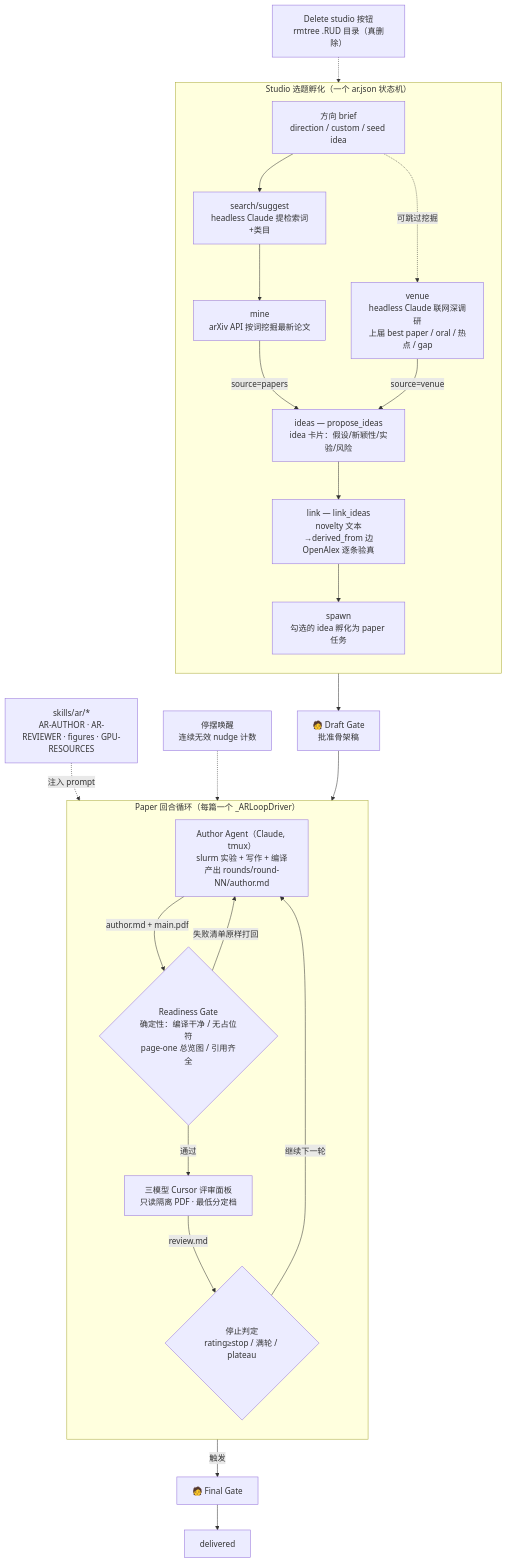
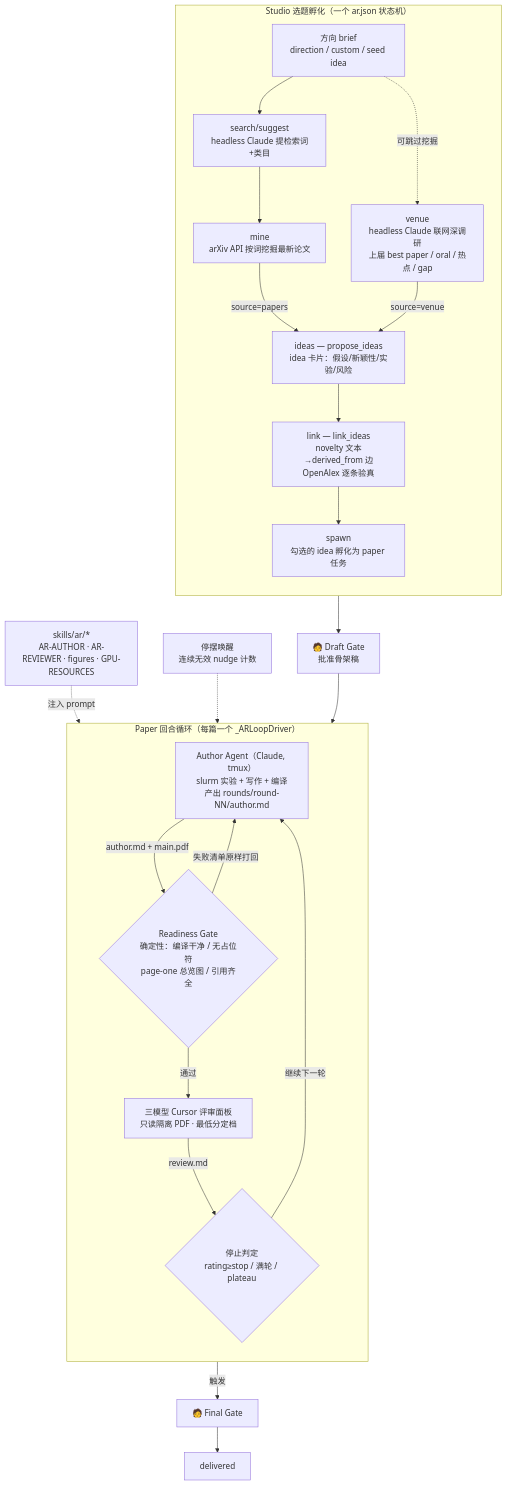
The diagram in docs/research-factory/arch.md (FutureMLS-Lab/Loom), drawn with Mermaid before and after one commit.

Commit message:
Drop the delete-button box from the studio flowchart

````diff
--- a/docs/research-factory/arch.md
+++ b/docs/research-factory/arch.md
@@ -8,39 +8,38 @@
 ```mermaid
 flowchart TB
     subgraph STUDIO["Studio 选题孵化（一个 ar.json 状态机）"]
         direction TB
         BRIEF["方向 brief<br/>direction / custom / seed idea"]
         SUG["search/suggest<br/>headless Claude 提检索词+类目"]
         MINE["mine<br/>arXiv API 按词挖掘最新论文"]
         VR["venue<br/>headless Claude 联网深调研<br/>上届 best paper / oral / 热点 / gap"]
         IDE["ideas — propose_ideas<br/>idea 卡片：假设/新颖性/实验/风险"]
         LNK["link — link_ideas<br/>novelty 文本→derived_from 边<br/>OpenAlex 逐条验真"]
         SPWN["spawn<br/>勾选的 idea 孵化为 paper 任务"]
         BRIEF --> SUG --> MINE
         BRIEF -.->|"可跳过挖掘"| VR
         MINE -->|"source=papers"| IDE
         VR -->|"source=venue"| IDE
         IDE --> LNK --> SPWN
     end
 
     subgraph PAPER["Paper 回合循环（每篇一个 _ARLoopDriver）"]
         direction TB
         AUTH["Author Agent（Claude, tmux）<br/>slurm 实验 + 写作 + 编译<br/>产出 rounds/round-NN/author.md"]
         RG{"Readiness Gate<br/>确定性：编译干净 / 无占位符<br/>page-one 总览图 / 引用齐全"}
         PANEL["三模型 Cursor 评审面板<br/>只读隔离 PDF · 最低分定档"]
         STOPQ{"停止判定<br/>rating≥stop / 满轮 / plateau"}
         AUTH -->|"author.md + main.pdf"| RG
         RG -->|"失败清单原样打回"| AUTH
         RG -->|"通过"| PANEL
         PANEL -->|"review.md"| STOPQ
         STOPQ -->|"继续下一轮"| AUTH
     end
 
     SPWN --> DG["🧑 Draft Gate<br/>批准骨架稿"] --> PAPER
     STOPQ -->|"触发"| FG["🧑 Final Gate"] --> DONE["delivered"]
 
     SKILLS["skills/ar/*<br/>AR-AUTHOR · AR-REVIEWER · figures · GPU-RESOURCES"]
     SKILLS -.->|"注入 prompt"| AUTH
     STALL["停摆唤醒<br/>连续无效 nudge 计数"] -.-> AUTH
-    DELBTN["Delete studio 按钮<br/>rmtree .RUD 目录（真删除）"] -.-> STUDIO
 ```
````
